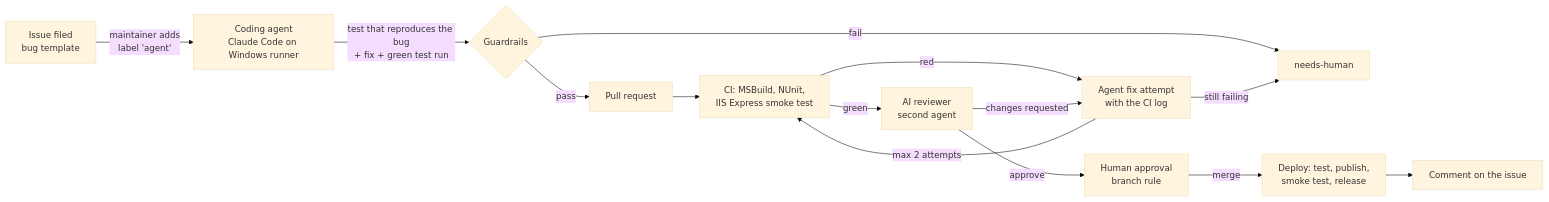
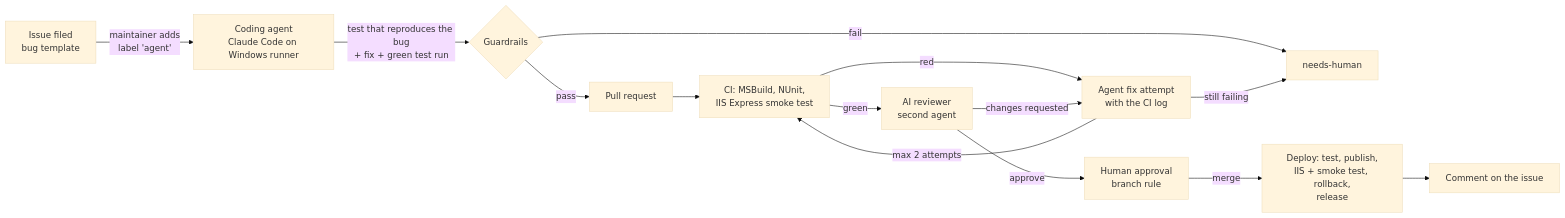
The diagram in README.md (severeis/agentic-sdlc-demo), drawn with Mermaid (base theme) before and after one commit. The commit also changed other lines of this file and 2 other files, not shown here.

Commit message:
Deploy to IIS on a self-hosted runner with backup, smoke test and rollback

````diff
--- a/README.md
+++ b/README.md
@@ -9,16 +9,16 @@
 ```mermaid
 flowchart LR
     A[Issue filed<br/>bug template] -->|maintainer adds<br/>label 'agent'| B[Coding agent<br/>Claude Code on Windows runner]
     B -->|test that reproduces the bug<br/>+ fix + green test run| G{Guardrails}
     G -->|pass| PR[Pull request]
     G -->|fail| H[needs-human]
     PR --> CI[CI: MSBuild, NUnit,<br/>IIS Express smoke test]
     CI -->|red| F[Agent fix attempt<br/>with the CI log]
     CI -->|green| R[AI reviewer<br/>second agent]
     R -->|changes requested| F
     F -->|max 2 attempts| CI
     F -->|still failing| H
     R -->|approve| HA[Human approval<br/>branch rule]
-    HA -->|merge| D[Deploy: test, publish,<br/>smoke test, release]
+    HA -->|merge| D[Deploy: test, publish,<br/>IIS + smoke test, rollback,<br/>release]
     D --> I[Comment on the issue]
 ```
````
